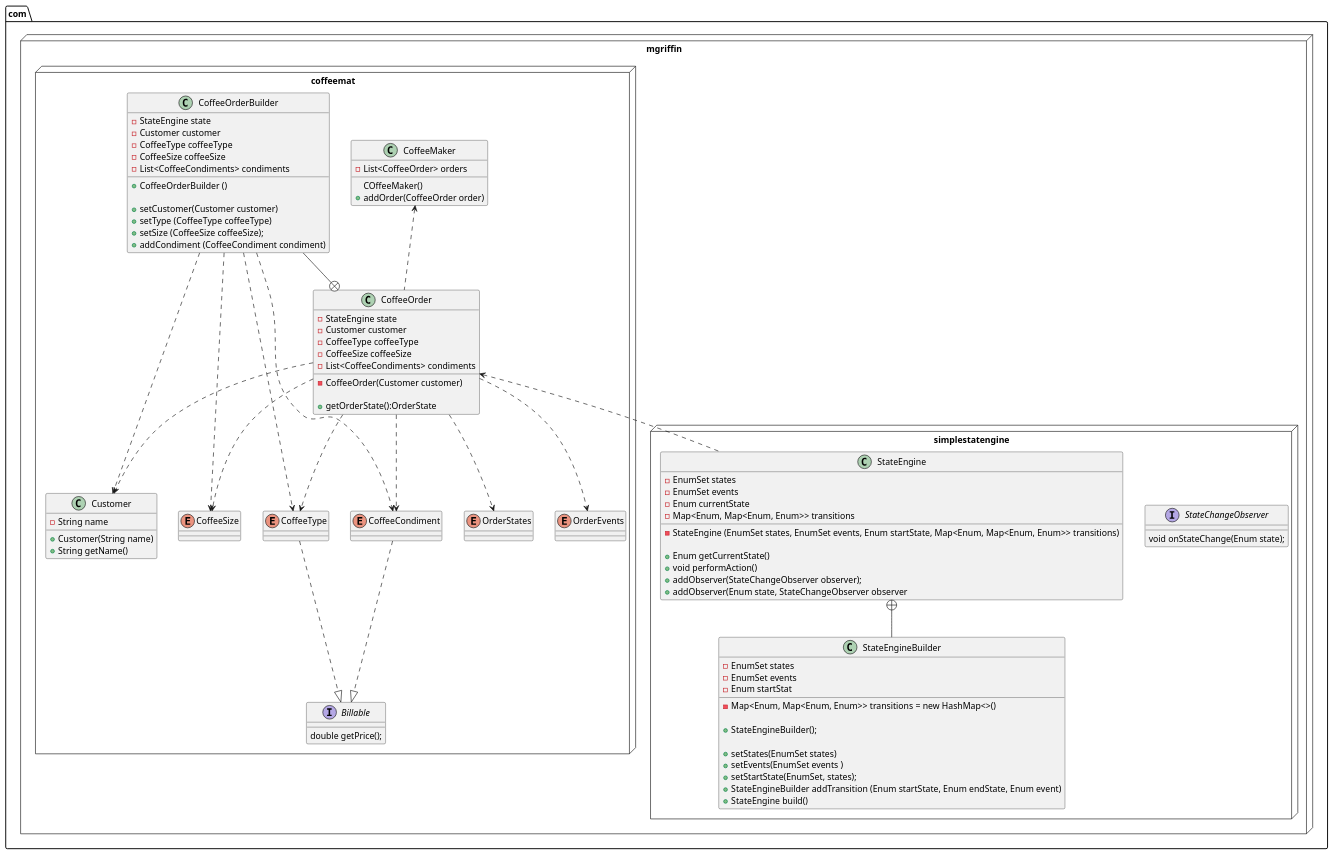
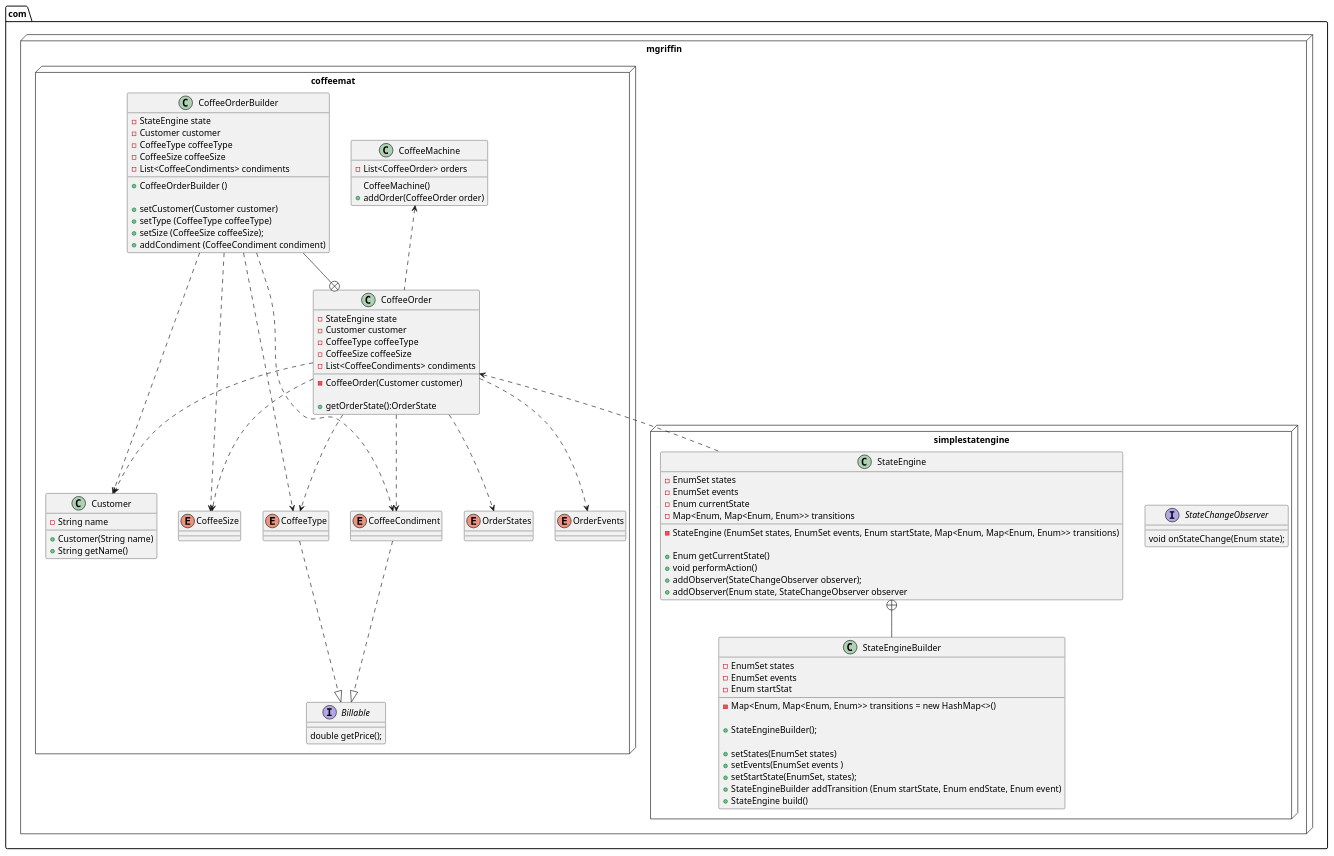
One commit to mdgriffin/Design-Patterns changed the diagram in class_diagram.pu. Above: the diagram before and after it, drawn with PlantUML. The commit also changed 3 other files, not shown here.

Commit message:
Renamed CoffeeMaker to CoffeeMachine

```diff
--- a/class_diagram.pu
+++ b/class_diagram.pu
@@ -1,115 +1,115 @@
 @startuml
 package com.mgriffin <<Node>> {
 
 package simplestatengine <<Node>> {
 
 Interface StateChangeObserver {
     void onStateChange(Enum state);
 }
 
 Class StateEngine {
     -EnumSet states
     -EnumSet events
     -Enum currentState
     -Map<Enum, Map<Enum, Enum>> transitions
 
     -StateEngine (EnumSet states, EnumSet events, Enum startState, Map<Enum, Map<Enum, Enum>> transitions)
 
     +Enum getCurrentState()
     +void performAction()
     +addObserver(StateChangeObserver observer);
     +addObserver(Enum state, StateChangeObserver observer
 }
 
 class StateEngineBuilder {
     -EnumSet states
     -EnumSet events
     -Enum startStat
     -Map<Enum, Map<Enum, Enum>> transitions = new HashMap<>()
 
     +StateEngineBuilder();
 
     +setStates(EnumSet states)
     +setEvents(EnumSet events )
     +setStartState(EnumSet, states);
     +StateEngineBuilder addTransition (Enum startState, Enum endState, Enum event)
     +StateEngine build()
 }
 
 StateEngine+--StateEngineBuilder
 
 }
 
 package coffeemat <<Node>> {
-    class CoffeeMaker {
+    class CoffeeMachine {
         -List<CoffeeOrder> orders
-        COffeeMaker()
+        CoffeeMachine()
         +addOrder(CoffeeOrder order)
     }
 
     class CoffeeOrder {
         -StateEngine state
         -Customer customer
         -CoffeeType coffeeType
         -CoffeeSize coffeeSize
         -List<CoffeeCondiments> condiments
 
         -CoffeeOrder(Customer customer)
 
         +getOrderState():OrderState
     }
 
     class CoffeeOrderBuilder {
         -StateEngine state
         -Customer customer
         -CoffeeType coffeeType
         -CoffeeSize coffeeSize
         -List<CoffeeCondiments> condiments
 
         +CoffeeOrderBuilder ()
 
         +setCustomer(Customer customer)
         +setType (CoffeeType coffeeType)
         +setSize (CoffeeSize coffeeSize);
         +addCondiment (CoffeeCondiment condiment)
     }
 
     class Customer {
         -String name
         +Customer(String name)
         +String getName()
     }
 
     enum OrderStates
 
     enum OrderEvents
 
     interface Billable {
         double getPrice();
     }
 
     enum CoffeeSize
 
     enum CoffeeType
 
     enum CoffeeCondiment
 
-    CoffeeMaker <.. CoffeeOrder
+    CoffeeMachine <.. CoffeeOrder
     CoffeeOrder ..> Customer
     CoffeeOrder ..> CoffeeType
     CoffeeOrder ..> CoffeeSize
     CoffeeOrder ..> CoffeeCondiment
     CoffeeOrder ..> OrderStates
     CoffeeOrder ..> OrderEvents
     CoffeeOrder <.. StateEngine
     CoffeeOrderBuilder ..> Customer
     CoffeeOrderBuilder ..> CoffeeType
     CoffeeOrderBuilder ..> CoffeeSize
     CoffeeOrderBuilder ..> CoffeeCondiment
     CoffeeType ..|> Billable
     CoffeeCondiment ..|> Billable
     CoffeeOrderBuilder --+ CoffeeOrder
 }
 
 }
 @enduml
```
